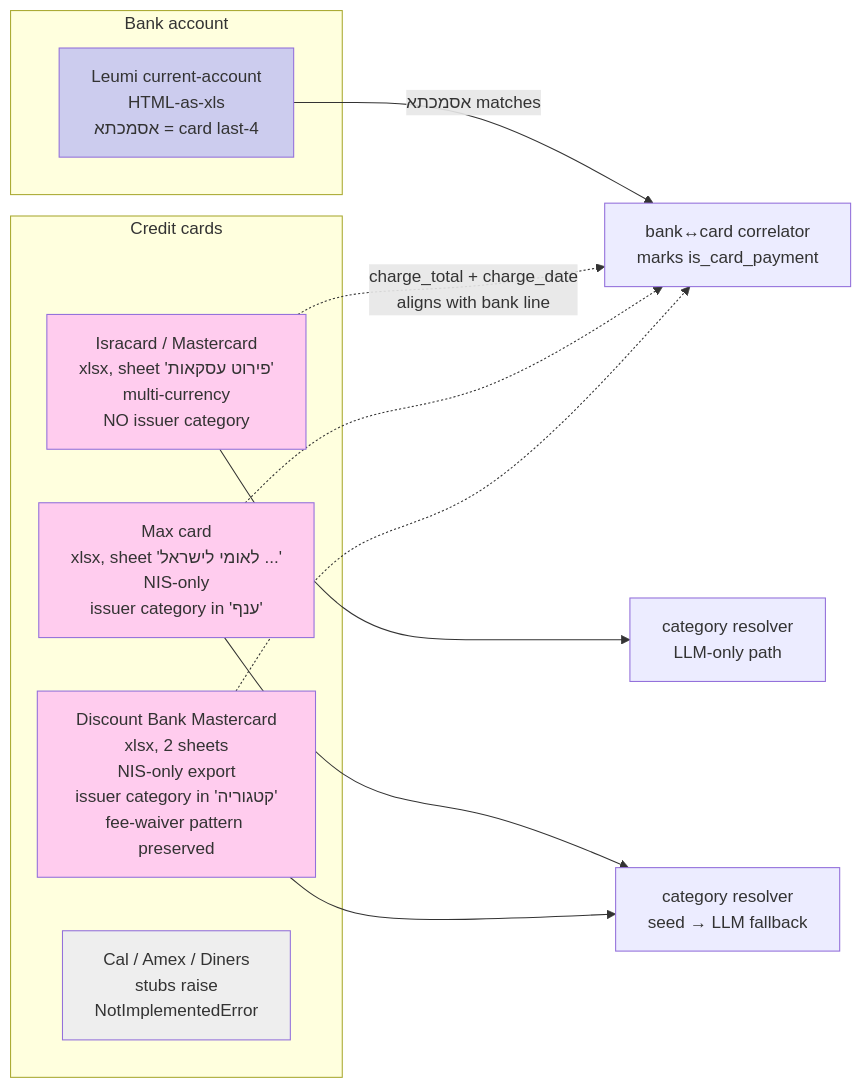
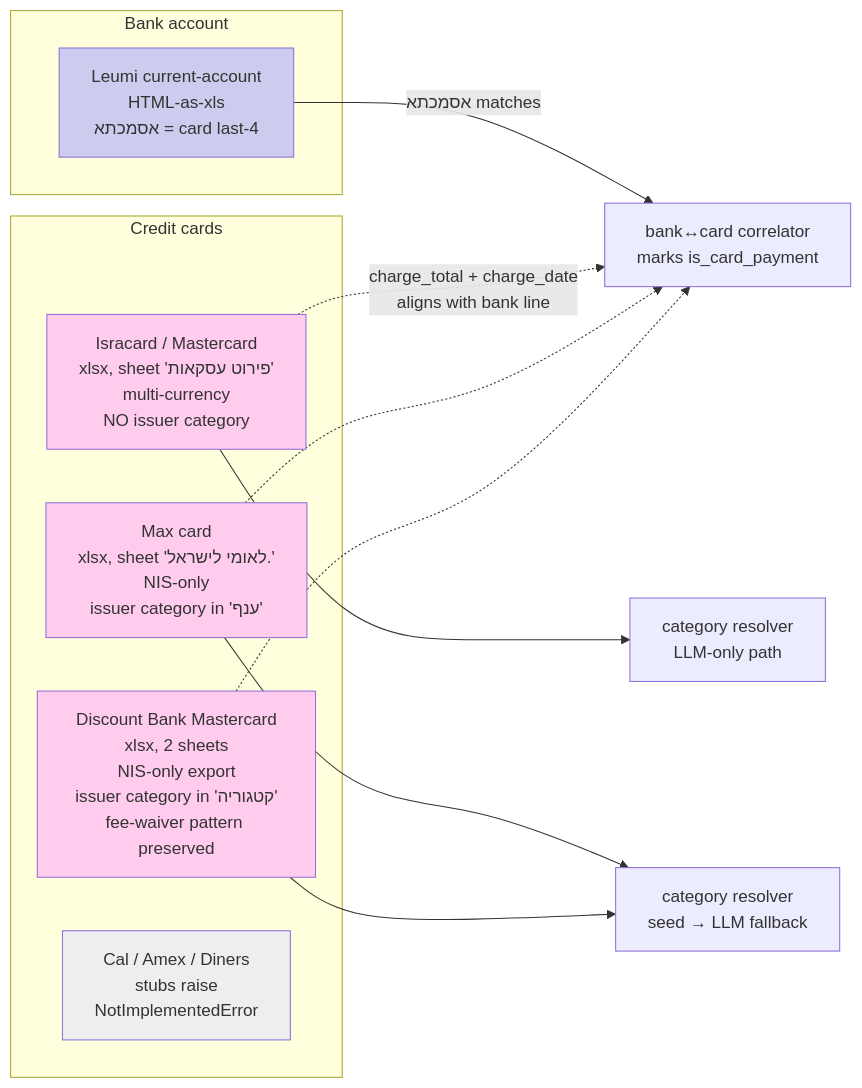
The tenth of 13 diagrams in docs/design/SDD.md (tanffn/argosy), drawn with Mermaid before and after one commit. The commit also changed other lines of this file, not shown here.

````diff
--- a/docs/design/SDD.md
+++ b/docs/design/SDD.md
@@ -2839,29 +2809,29 @@
 ```mermaid
 flowchart LR
-  subgraph Banks["Bank account"]
-    LEUMI[Leumi current-account<br/>HTML-as-xls<br/>אסמכתא = card last-4]
-  end
-  subgraph Cards["Credit cards"]
-    ISR[Isracard / Mastercard<br/>xlsx, sheet 'פירוט עסקאות'<br/>multi-currency<br/>NO issuer category]
-    MAX[Max card<br/>xlsx, sheet 'לאומי לישראל ...'<br/>NIS-only<br/>issuer category in 'ענף']
-    DSC[Discount Bank Mastercard<br/>xlsx, 2 sheets<br/>NIS-only export<br/>issuer category in 'קטגוריה'<br/>fee-waiver pattern preserved]
-    STUB[Cal / Amex / Diners<br/>stubs raise<br/>NotImplementedError]
-  end
+ subgraph Banks["Bank account"]
+ LEUMI[Leumi current-account<br/>HTML-as-xls<br/>אסמכתא = card last-4]
+ end
+ subgraph Cards["Credit cards"]
+ ISR[Isracard / Mastercard<br/>xlsx, sheet 'פירוט עסקאות'<br/>multi-currency<br/>NO issuer category]
+ MAX[Max card<br/>xlsx, sheet 'לאומי לישראל.'<br/>NIS-only<br/>issuer category in 'ענף']
+ DSC[Discount Bank Mastercard<br/>xlsx, 2 sheets<br/>NIS-only export<br/>issuer category in 'קטגוריה'<br/>fee-waiver pattern preserved]
+ STUB[Cal / Amex / Diners<br/>stubs raise<br/>NotImplementedError]
+ end
 
-  LEUMI -->|אסמכתא matches| CORR
-  ISR -.->|charge_total + charge_date<br/>aligns with bank line| CORR
-  MAX -.-> CORR
-  DSC -.-> CORR
+ LEUMI -->|אסמכתא matches| CORR
+ ISR -.->|charge_total + charge_date<br/>aligns with bank line| CORR
+ MAX -.-> CORR
+ DSC -.-> CORR
 
-  ISR --> RES[category resolver<br/>LLM-only path]
-  MAX --> RES2[category resolver<br/>seed → LLM fallback]
-  DSC --> RES2
+ ISR --> RES[category resolver<br/>LLM-only path]
+ MAX --> RES2[category resolver<br/>seed → LLM fallback]
+ DSC --> RES2
 
-  CORR[bank↔card correlator<br/>marks is_card_payment]
+ CORR[bank↔card correlator<br/>marks is_card_payment]
 
-  style LEUMI fill:#cce
-  style ISR fill:#fce
-  style MAX fill:#fce
-  style DSC fill:#fce
-  style STUB fill:#eee
+ style LEUMI fill:#cce
+ style ISR fill:#fce
+ style MAX fill:#fce
+ style DSC fill:#fce
+ style STUB fill:#eee
 ```
````
